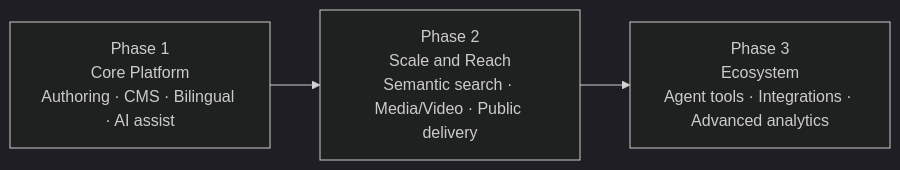
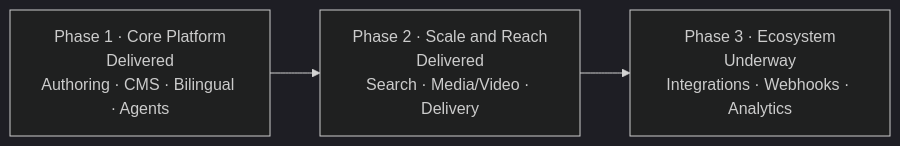
The sixth of 12 diagrams in docs/sales/HUMAIN-Create-Studio-Deck.md (ankeshtiwari07/CMS), drawn with Mermaid (dark theme) before and after one commit. The commit also changed other lines of this file and 3 other files, not shown here.

First line of the commit message:
docs(sales): PRD — build-anything capabilities (§12.4), roadmap status, bilingual UI FR

````diff
--- a/docs/sales/HUMAIN-Create-Studio-Deck.md
+++ b/docs/sales/HUMAIN-Create-Studio-Deck.md
@@ -438,5 +439,5 @@
 ```mermaid
 flowchart LR
-    P1[Phase 1<br/>Core Platform<br/>Authoring · CMS · Bilingual · AI assist] --> P2[Phase 2<br/>Scale and Reach<br/>Semantic search · Media/Video · Public delivery]
-    P2 --> P3[Phase 3<br/>Ecosystem<br/>Agent tools · Integrations · Advanced analytics]
+    P1[Phase 1 · Core Platform<br/>Delivered<br/>Authoring · CMS · Bilingual · Agents] --> P2[Phase 2 · Scale and Reach<br/>Delivered<br/>Search · Media/Video · Delivery]
+    P2 --> P3[Phase 3 · Ecosystem<br/>Underway<br/>Integrations · Webhooks · Analytics]
 ```
````
